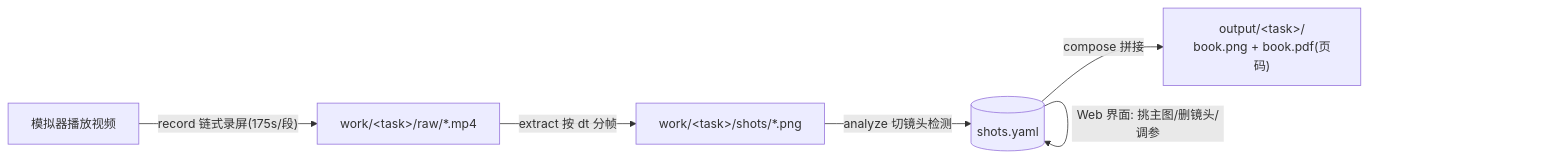
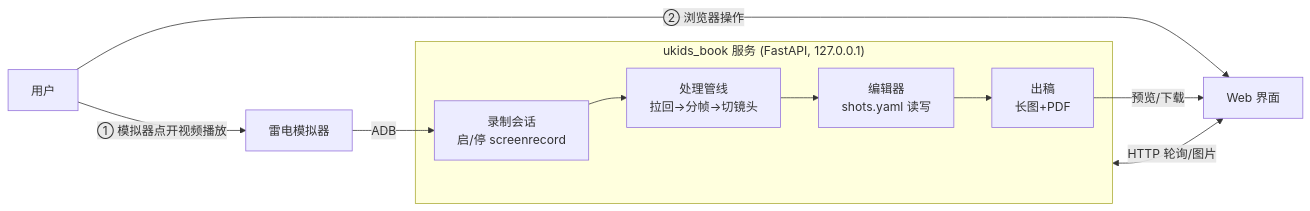
The first of 3 diagrams in doc/plan/202611111915_半自动截图画册实现方案.md (chechem3/video_book_workbench), drawn with Mermaid before and after one commit. The commit also changed other lines of this file and 15 other files, not shown here.

First line of the commit message:
v3 纯 Web 一条龙：录制→分帧→切镜头→OCR台词→编辑→多版式 PDF

````diff
--- a/doc/plan/202611111915_半自动截图画册实现方案.md
+++ b/doc/plan/202611111915_半自动截图画册实现方案.md
@@ -18,8 +60,15 @@
 ```mermaid
 flowchart LR
-    A["模拟器播放视频"] -->|"record 链式录屏(175s/段)"| B["work/&lt;task&gt;/raw/*.mp4"]
-    B -->|"extract 按 dt 分帧"| C["work/&lt;task&gt;/shots/*.png"]
-    C -->|"analyze 切镜头检测"| D[("shots.yaml")]
-    D -->|"Web 界面: 挑主图/删镜头/调参"| D
-    D -->|"compose 拼接"| E["output/&lt;task&gt;/<br/>book.png + book.pdf(页码)"]
+    U["用户"] -->|"① 模拟器点开视频播放"| EMU["雷电模拟器"]
+    U -->|"② 浏览器操作"| BR["Web 界面"]
+    subgraph SRV["ukids_book 服务 (FastAPI, 127.0.0.1)"]
+        REC["录制会话<br/>启/停 screenrecord"]
+        PIPE["处理管线<br/>拉回→分帧→切镜头"]
+        EDIT["编辑器<br/>shots.yaml 读写"]
+        OUT["出稿<br/>长图+PDF"]
+    end
+    EMU -->|ADB| REC
+    REC --> PIPE --> EDIT --> OUT
+    BR <-->|"HTTP 轮询/图片"| SRV
+    OUT -->|"预览/下载"| BR
 ```
````
